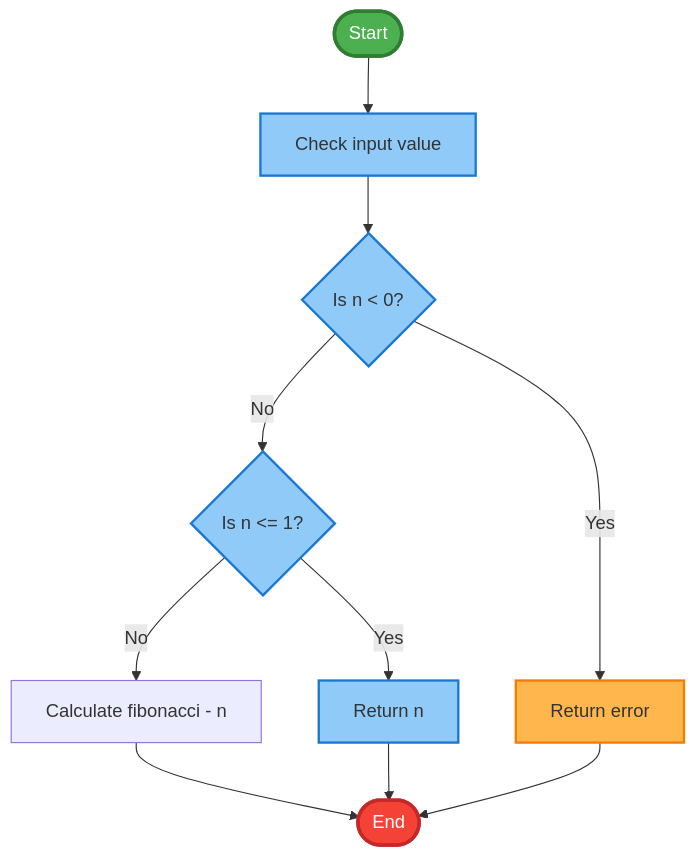
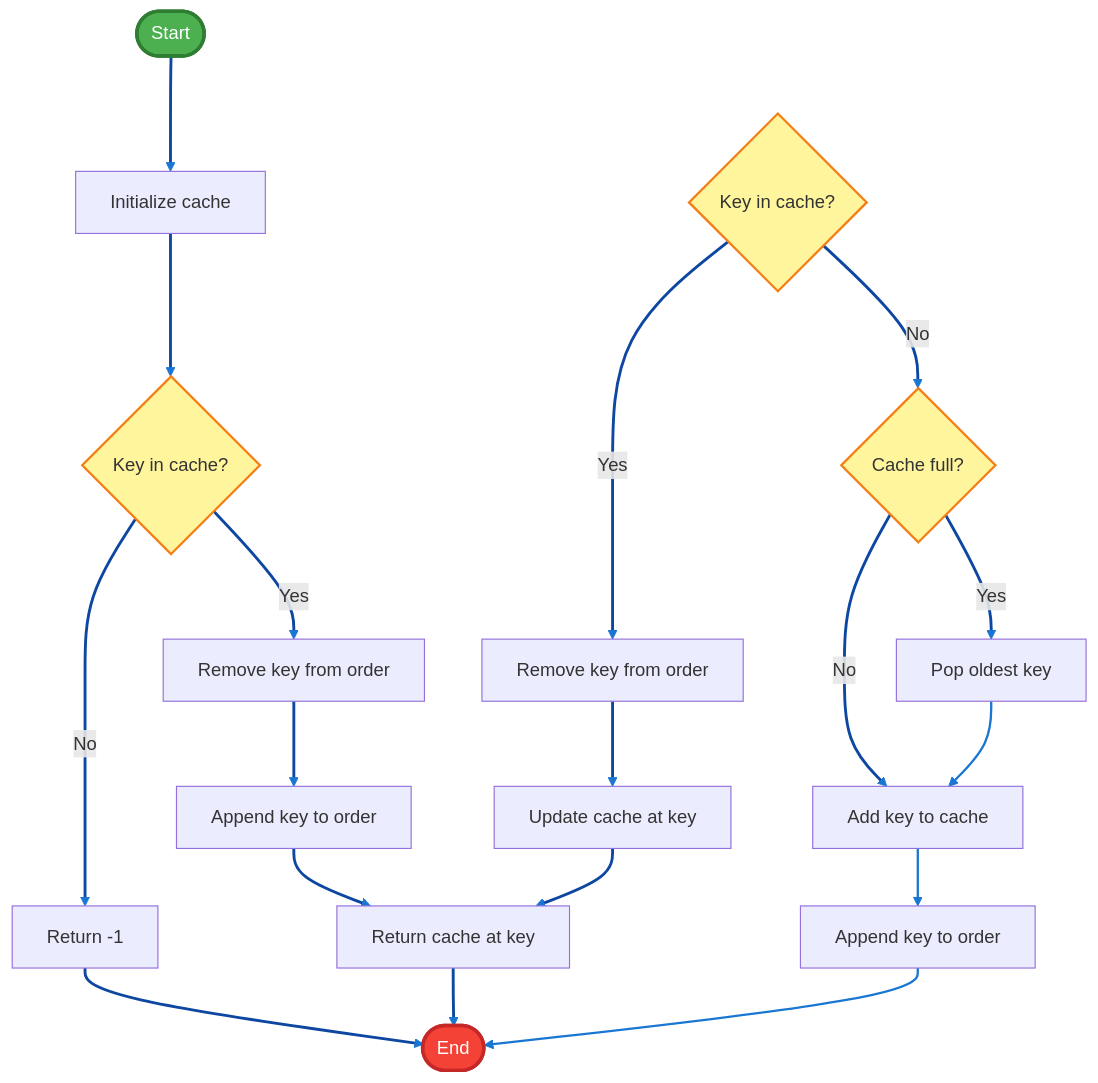
One commit to ArunMunagala7/langgraph-code-inspector changed the diagram in temp/flowchart.mmd. Above: the diagram before and after it, drawn with Mermaid. The commit also changed 3 other files, not shown here.

First line of the commit message:
feat: Improve loop/recursion flowchart visualization and arrow colors

```diff
--- a/temp/flowchart.mmd
+++ b/temp/flowchart.mmd
@@ -1,28 +1,44 @@
 graph TD
     start([Start])
-    step1[Check input value]
-    step2{Is n < 0?}
-    step3{Is n <= 1?}
-    step4[Calculate fibonacci - n]
-    return_n[Return n]
-    error[Return error]
+    step1[Initialize cache]
+    step2{Key in cache?}
+    step3[Remove key from order]
+    step4[Append key to order]
+    step5[Return -1]
+    step6[Return cache at key]
+    step7{Key in cache?}
+    step8[Remove key from order]
+    step9[Update cache at key]
+    step10{Cache full?}
+    step11[Pop oldest key]
+    step12[Add key to cache]
+    step13[Append key to order]
     endNode([End])
 
     start --> step1
     step1 --> step2
-    step2 -->|Yes| error
-    step2 -->|No| step3
-    step3 -->|Yes| return_n
-    step3 -->|No| step4
-    step4 --> endNode
-    return_n --> endNode
-    error --> endNode
+    step2 -->|Yes| step3
+    step2 -->|No| step5
+    step3 --> step4
+    step4 --> step6
+    step5 --> endNode
+    step6 --> endNode
+    step7 -->|Yes| step8
+    step7 -->|No| step10
+    step8 --> step9
+    step9 --> step6
+    step10 -->|Yes| step11
+    step10 -->|No| step12
+    step11 --> step12
+    step12 --> step13
+    step13 --> endNode
 
     %% Styling
     style start fill:#4CAF50,stroke:#2E7D32,stroke-width:3px,color:#fff
-    style step1 fill:#90CAF9,stroke:#1976D2,stroke-width:2px
-    style step2 fill:#90CAF9,stroke:#1976D2,stroke-width:2px
-    style step3 fill:#90CAF9,stroke:#1976D2,stroke-width:2px
-    style return_n fill:#90CAF9,stroke:#1976D2,stroke-width:2px
-    style error fill:#FFB74D,stroke:#F57C00,stroke-width:2px
+    style step2 fill:#FFF59D,stroke:#F57F17,stroke-width:2px
+    style step7 fill:#FFF59D,stroke:#F57F17,stroke-width:2px
+    style step10 fill:#FFF59D,stroke:#F57F17,stroke-width:2px
     style endNode fill:#F44336,stroke:#C62828,stroke-width:3px,color:#fff
+    %% Arrow styling for visibility
+    linkStyle default stroke:#1976D2,stroke-width:2px;
+    linkStyle 0,1,2,3,4,5,6,7,8,9,10,11,12,13 stroke:#0D47A1,stroke-width:2.5px;
```
